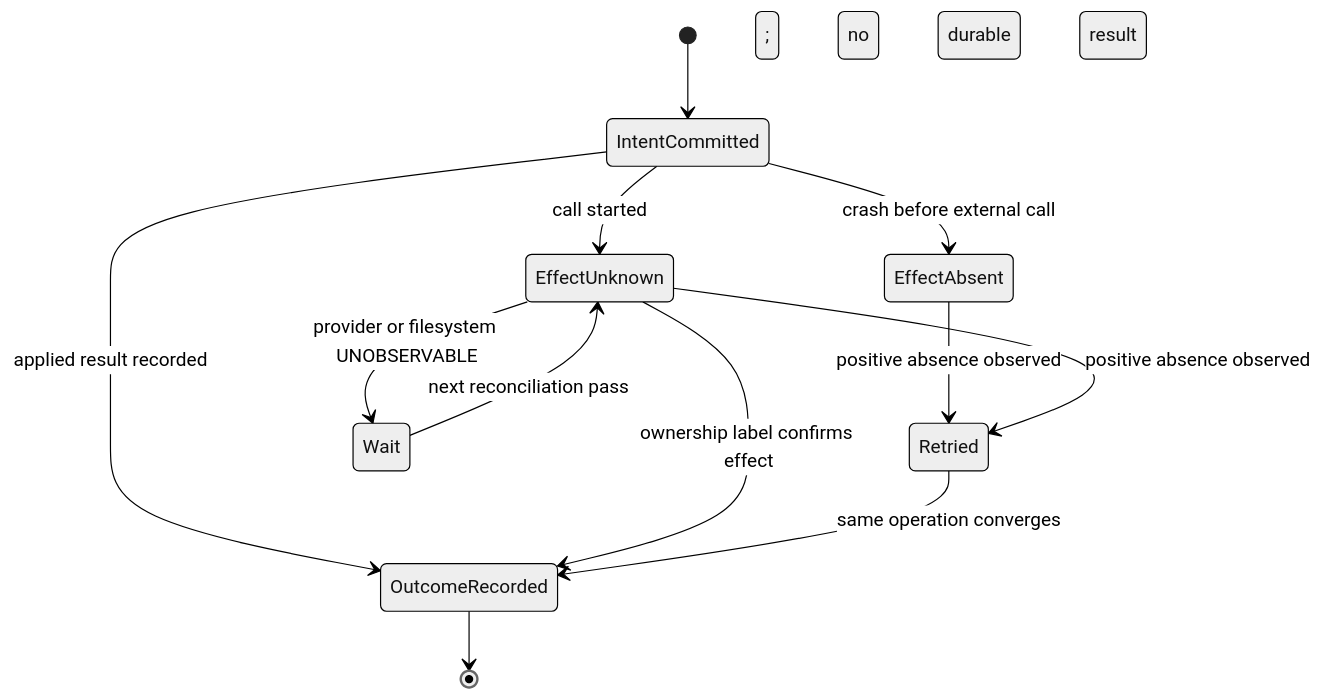
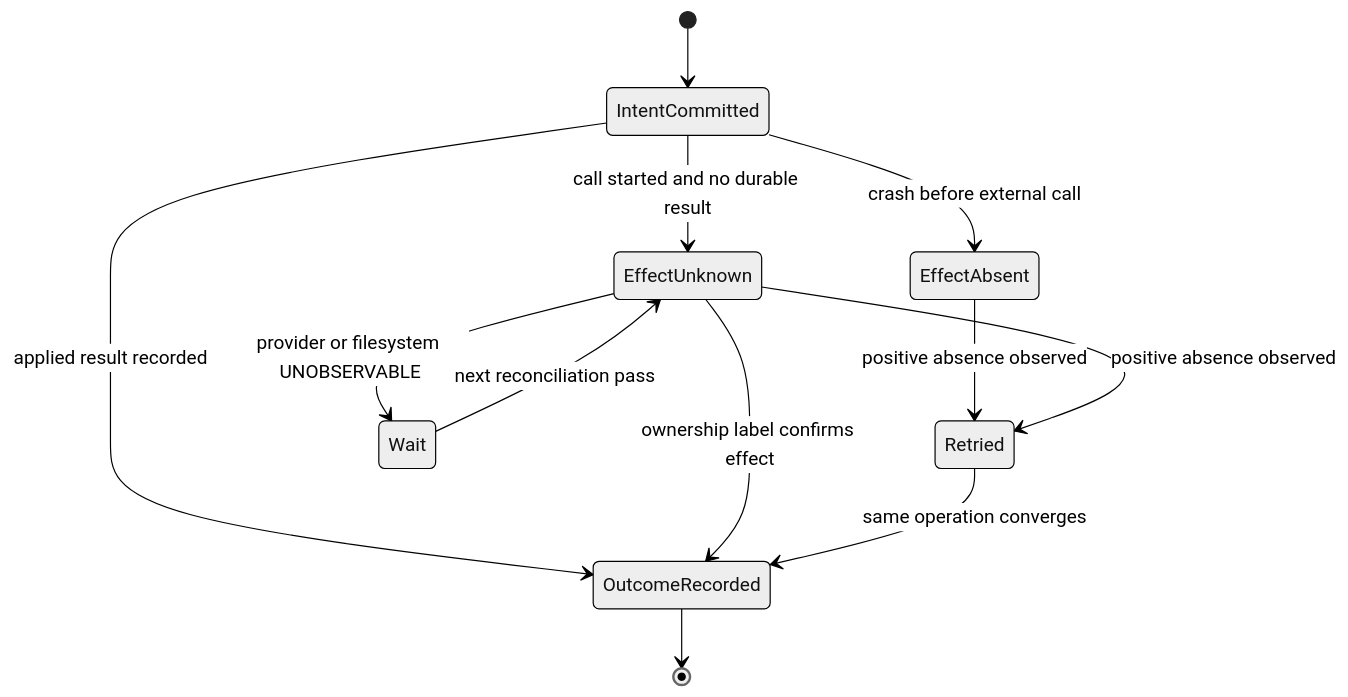
Before and after one commit to ansami-dev/agnest: the fourth of 7 diagrams in docs/architecture/sequences-M1.md, drawn with Mermaid (neutral theme). The commit also changed other lines of this file and 2 other files, not shown here.

First line of the commit message:
docs: close architecture re-review findings

````diff
--- a/docs/architecture/sequences-M1.md
+++ b/docs/architecture/sequences-M1.md
@@ -107,14 +107,14 @@
 ```mermaid
 stateDiagram-v2
     [*] --> IntentCommitted
     IntentCommitted --> EffectAbsent: crash before external call
-    IntentCommitted --> EffectUnknown: call started; no durable result
+    IntentCommitted --> EffectUnknown: call started and no durable result
     IntentCommitted --> OutcomeRecorded: applied result recorded
     EffectAbsent --> Retried: positive absence observed
     EffectUnknown --> OutcomeRecorded: ownership label confirms effect
     EffectUnknown --> Retried: positive absence observed
     EffectUnknown --> Wait: provider or filesystem UNOBSERVABLE
     Retried --> OutcomeRecorded: same operation converges
     Wait --> EffectUnknown: next reconciliation pass
     OutcomeRecorded --> [*]
 ```
````
